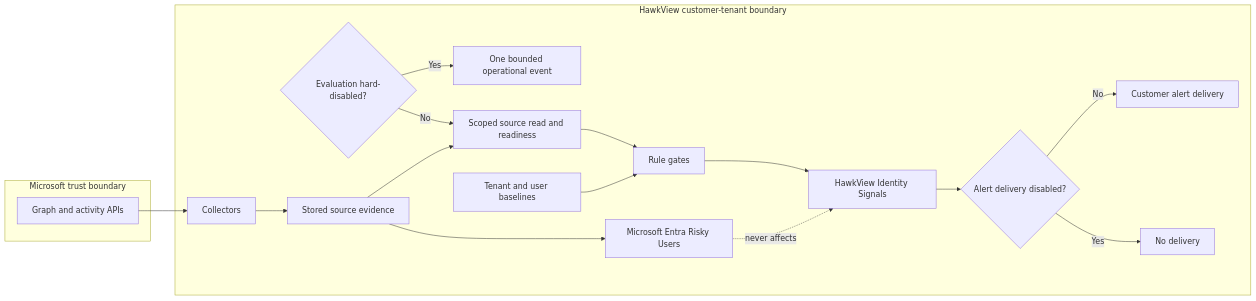
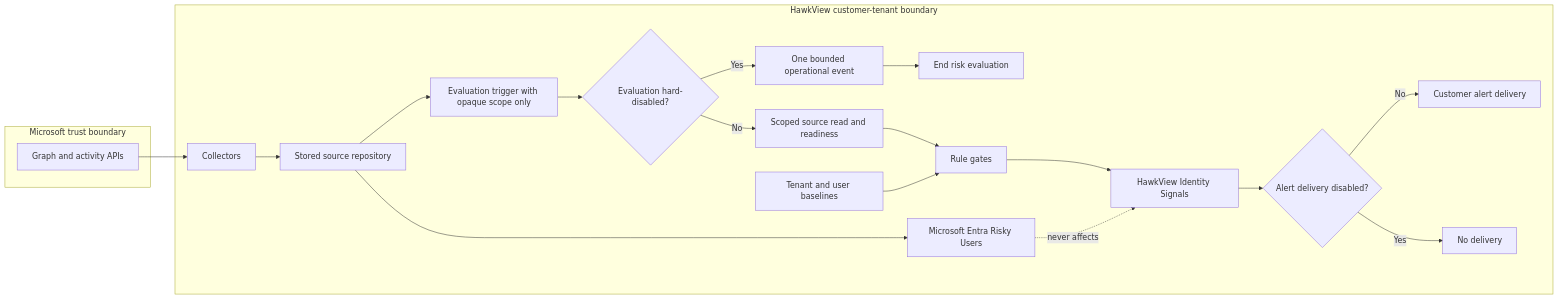
Before and after one commit to dharmik0431/hawkview-app: the first of 2 diagrams in docs/hawkview-identity-risk-engine-v1.md, drawn with Mermaid. The commit also changed other lines of this file, not shown here.

Commit message:
docs: clarify risk evidence and context gates

````diff
--- a/docs/hawkview-identity-risk-engine-v1.md
+++ b/docs/hawkview-identity-risk-engine-v1.md
@@ -448,33 +489,37 @@
 ```mermaid
 flowchart LR
   subgraph MS[Microsoft trust boundary]
     G[Graph and activity APIs]
   end
   subgraph HV[HawkView customer-tenant boundary]
     C[Collectors]
-    D[Stored source evidence]
+    D[Stored source repository]
+    T[Evaluation trigger with opaque scope only]
     S{Evaluation hard-disabled?}
     O[One bounded operational event]
+    X[End risk evaluation]
     R[Scoped source read and readiness]
     E[Rule gates]
     B[Tenant and user baselines]
     F[HawkView Identity Signals]
     A{Alert delivery disabled?}
     N[Customer alert delivery]
     Q[No delivery]
     M[Microsoft Entra Risky Users]
   end
   G --> C
   C --> D
+  D --> T
+  T --> S
   S -- Yes --> O
+  O --> X
   S -- No --> R
-  D --> R
   R --> E
   B --> E
   E --> F
   F --> A
   A -- No --> N
   A -- Yes --> Q
   D --> M
   M -. never affects .-> F
 ```
````
